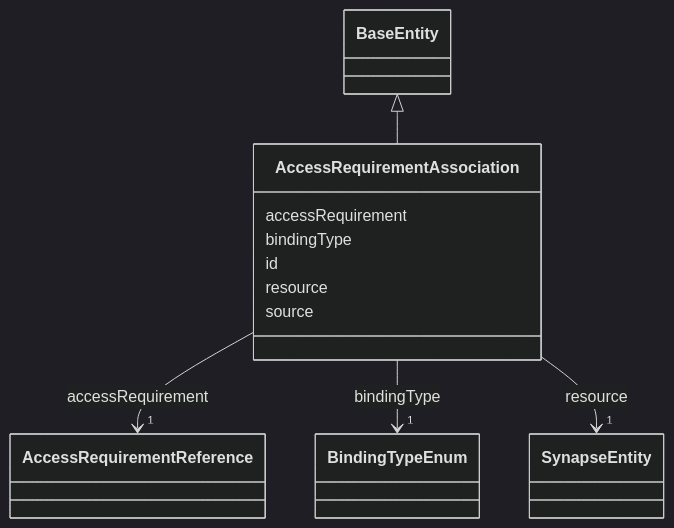
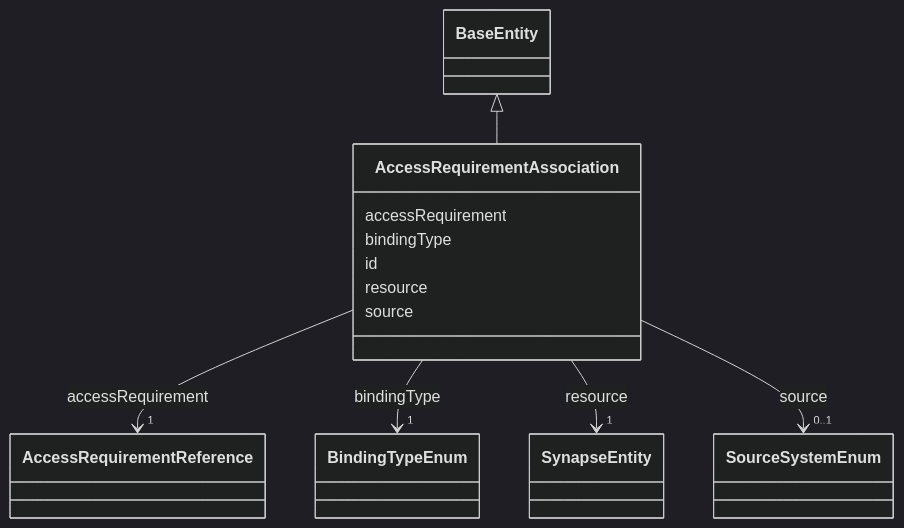
The diagram in docs/reference/classes/AccessRequirementAssociation.md (mc2-center/governanceDUO), drawn with Mermaid (dark theme) before and after one commit. The commit also changed other lines of this file and 39 other files, not shown here.

````diff
--- a/docs/reference/classes/AccessRequirementAssociation.md
+++ b/docs/reference/classes/AccessRequirementAssociation.md
@@ -23,46 +23,55 @@
 ```mermaid
  classDiagram
     class AccessRequirementAssociation
     click AccessRequirementAssociation href "../../classes/AccessRequirementAssociation/"
       BaseEntity <|-- AccessRequirementAssociation
         click BaseEntity href "../../classes/BaseEntity/"
       
       AccessRequirementAssociation : accessRequirement
         
           
     
         
         
         AccessRequirementAssociation --> "1" AccessRequirementReference : accessRequirement
         click AccessRequirementReference href "../../classes/AccessRequirementReference/"
     
 
         
       AccessRequirementAssociation : bindingType
         
           
     
         
         
         AccessRequirementAssociation --> "1" BindingTypeEnum : bindingType
         click BindingTypeEnum href "../../enums/BindingTypeEnum/"
     
 
         
       AccessRequirementAssociation : id
         
       AccessRequirementAssociation : resource
         
           
     
         
         
         AccessRequirementAssociation --> "1" SynapseEntity : resource
         click SynapseEntity href "../../classes/SynapseEntity/"
     
 
         
       AccessRequirementAssociation : source
         
+          
+    
+        
+        
+        AccessRequirementAssociation --> "0..1" SourceSystemEnum : source
+        click SourceSystemEnum href "../../enums/SourceSystemEnum/"
+    
+
+        
       
 ```
````
